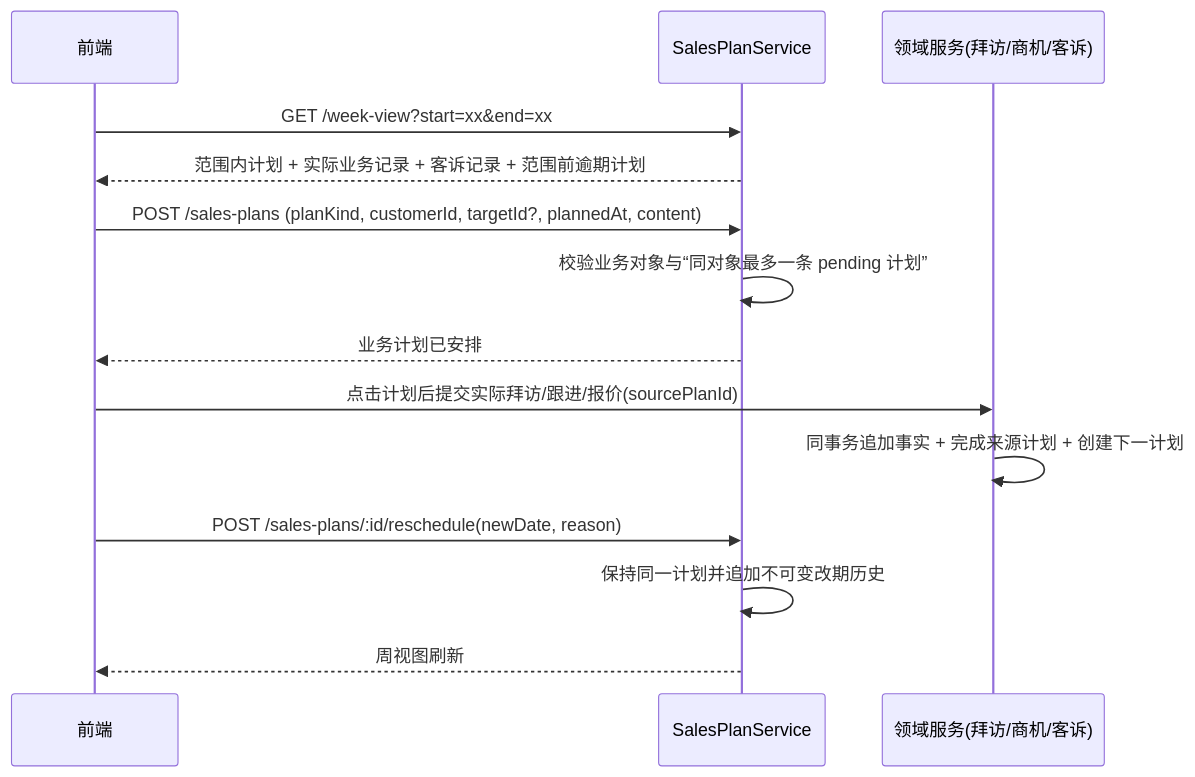
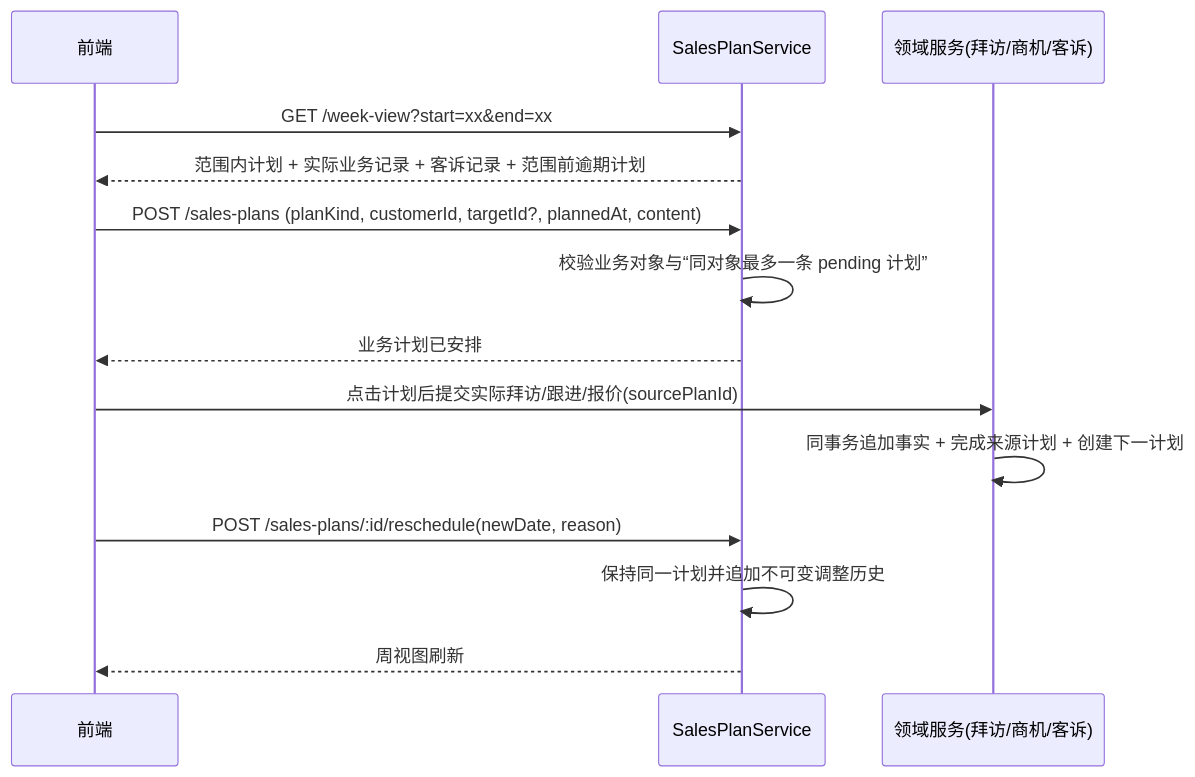
Before and after one commit to lixiname/LITECRM: diagram 21 of 26 in docs/重构架构决策与实施蓝图.md, drawn with Mermaid. The commit also changed other lines of this file and 2 other files, not shown here.

````diff
--- a/docs/重构架构决策与实施蓝图.md
+++ b/docs/重构架构决策与实施蓝图.md
@@ -1263,16 +1312,16 @@
 ```mermaid
 sequenceDiagram
     participant C as 前端
     participant P as SalesPlanService
     participant B as 领域服务(拜访/商机/客诉)
     C->>P: GET /week-view?start=xx&end=xx
     P-->>C: 范围内计划 + 实际业务记录 + 客诉记录 + 范围前逾期计划
     C->>P: POST /sales-plans (planKind, customerId, targetId?, plannedAt, content)
     P->>P: 校验业务对象与“同对象最多一条 pending 计划”
     P-->>C: 业务计划已安排
     C->>B: 点击计划后提交实际拜访/跟进/报价(sourcePlanId)
     B->>B: 同事务追加事实 + 完成来源计划 + 创建下一计划
     C->>P: POST /sales-plans/:id/reschedule(newDate, reason)
-    P->>P: 保持同一计划并追加不可变改期历史
+    P->>P: 保持同一计划并追加不可变调整历史
     P-->>C: 周视图刷新
 ```
````
